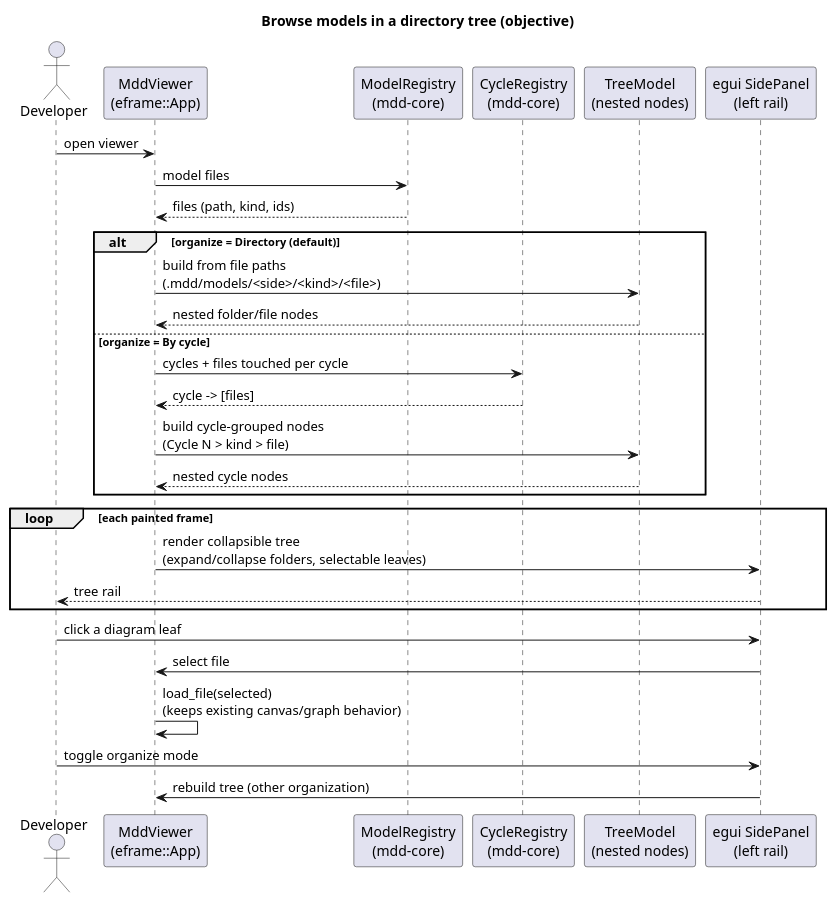
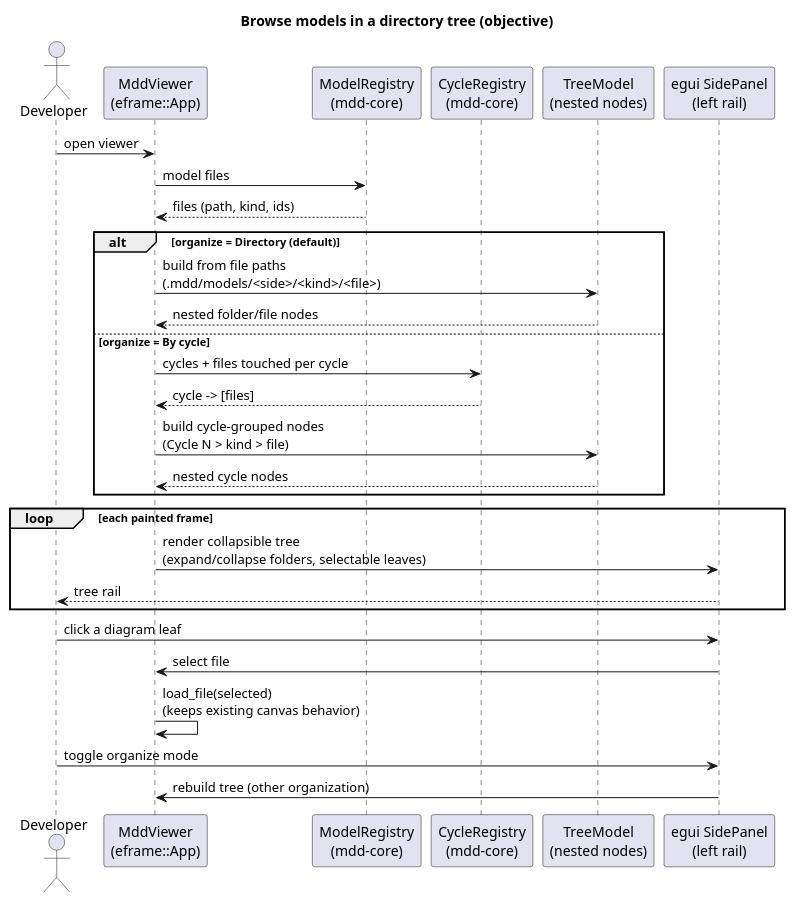
One commit to cthadeufaria/model-driven-development changed the diagram in .mdd/models/objective/sequences/browse-tree.puml. Above: the diagram before and after it, drawn with PlantUML. The commit also changed 366 other files, not shown here.

```diff
--- a/.mdd/models/objective/sequences/browse-tree.puml
+++ b/.mdd/models/objective/sequences/browse-tree.puml
@@ -1,43 +1,43 @@
 @startuml
 ' @id(SEQ-BROWSE-TREE)
 ' @ref(USE-BROWSE-TREE)
 '
 ' Objective-side flow for the VSCode-style directory tree rail, with an
 ' alternate "group by cycle" organization (USE-GROUP-BY-CYCLE).
 '
 ' @desc(SEQ-BROWSE-TREE, "How the left rail builds a collapsible directory tree from the model registry, with a toggle to instead group diagrams under the cycle that last touched them.")
 title Browse models in a directory tree (objective)
 
 actor "Developer" as Dev
 participant "MddViewer\n(eframe::App)" as Viewer
 participant "ModelRegistry\n(mdd-core)" as Reg
 participant "CycleRegistry\n(mdd-core)" as CReg
 participant "TreeModel\n(nested nodes)" as Tree
 participant "egui SidePanel\n(left rail)" as Rail
 
 Dev -> Viewer : open viewer
 Viewer -> Reg : model files
 Reg --> Viewer : files (path, kind, ids)
 
 alt organize = Directory (default)
   Viewer -> Tree : build from file paths\n(.mdd/models/<side>/<kind>/<file>)
   Tree --> Viewer : nested folder/file nodes
 else organize = By cycle
   Viewer -> CReg : cycles + files touched per cycle
   CReg --> Viewer : cycle -> [files]
   Viewer -> Tree : build cycle-grouped nodes\n(Cycle N > kind > file)
   Tree --> Viewer : nested cycle nodes
 end
 
 loop each painted frame
   Viewer -> Rail : render collapsible tree\n(expand/collapse folders, selectable leaves)
   Rail --> Dev : tree rail
 end
 
 Dev -> Rail : click a diagram leaf
 Rail -> Viewer : select file
-Viewer -> Viewer : load_file(selected)\n(keeps existing canvas/graph behavior)
+Viewer -> Viewer : load_file(selected)\n(keeps existing canvas behavior)
 
 Dev -> Rail : toggle organize mode
 Rail -> Viewer : rebuild tree (other organization)
 @enduml
```
